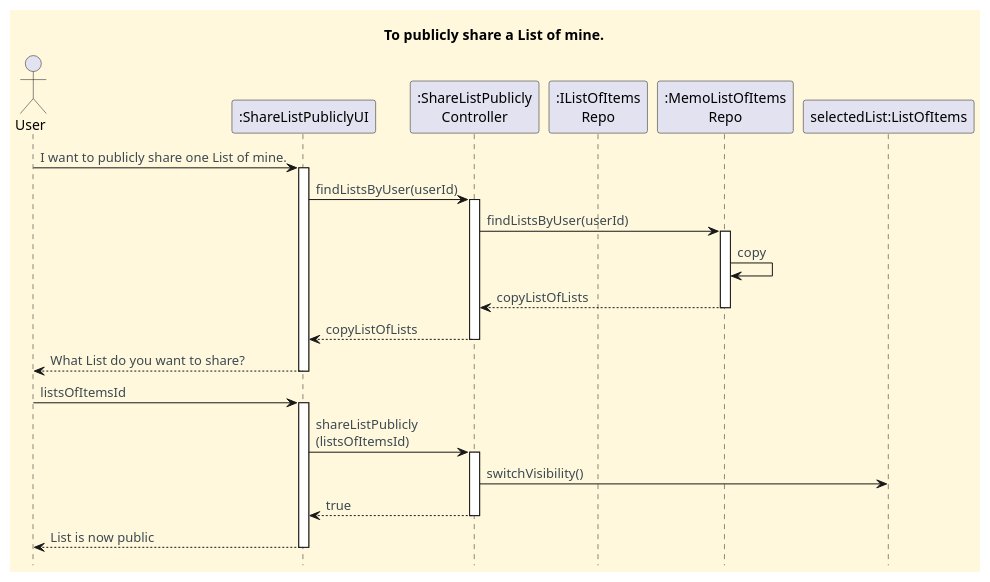
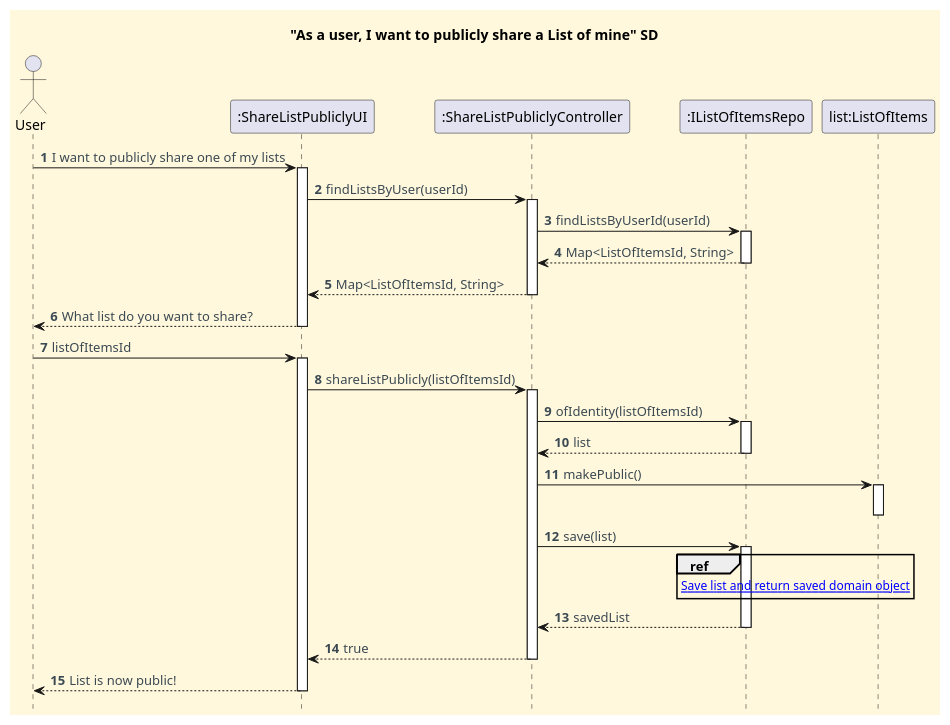
Before and after one commit to CarolinaLeite-collab/JavaMarketplacePlatform: the diagram in docs/functionalities/user/publicly-share-list-of-mine/To_Publicly_Share_A_List_Of_Mine_SD.puml, drawn with PlantUML. The commit also changed 3 other files, not shown here.

Commit message:
Feat: Update US019 CD, SD and ref diagrams, Refs: #716

```diff
--- a/docs/functionalities/user/publicly-share-list-of-mine/To_Publicly_Share_A_List_Of_Mine_SD.puml
+++ b/docs/functionalities/user/publicly-share-list-of-mine/To_Publicly_Share_A_List_Of_Mine_SD.puml
@@ -1,53 +1,67 @@
 @startuml
-'https://plantuml.com/sequence-diagram
+title "As a user, I want to publicly share a List of mine" SD
 hide footbox
-title To publicly share a List of mine.
 
-
-'==== basic style ====
 skinparam monochrome false
 skinparam shadowing false
 skinparam defaultFontName Futura
 skinparam objectFontSize 20
 skinparam backgroundColor CornSilk
 skinparam objectBackgroundColor WhiteSmoke
 skinparam noteBackgroundColor #FFFFE0
 skinparam ArrowFontColor #3B4953
 skinparam ActivationBackgroundColor black
 
+autonumber
+autoactivate off
 
-actor User
+actor "User"
 participant ":ShareListPubliclyUI" as UI
-participant ":ShareListPublicly\nController" as Ctl
-participant ":IListOfItems\nRepo" as IListsRepo
-participant ":MemoListOfItems\nRepo" as MemListsRepo
-participant "selectedList:ListOfItems" as list
+participant ":ShareListPubliclyController" as Ctl
+participant ":IListOfItemsRepo" as IListRepo
 
+"User" -> UI : I want to publicly share one of my lists
+activate UI
 
-User -> UI : I want to publicly share one List of mine.
-activate UI
 UI -> Ctl : findListsByUser(userId)
 activate Ctl
-Ctl -> MemListsRepo : findListsByUser(userId)
-activate MemListsRepo
-MemListsRepo -> MemListsRepo : copy
-MemListsRepo --> Ctl : copyListOfLists
-deactivate MemListsRepo
-Ctl --> UI : copyListOfLists
+Ctl -> IListRepo : findListsByUserId(userId)
+activate IListRepo
+IListRepo --> Ctl : Map<ListOfItemsId, String>
+deactivate IListRepo
+Ctl --> UI : Map<ListOfItemsId, String>
 deactivate Ctl
-UI --> User : What List do you want to share?
+
+UI --> "User" : What list do you want to share?
 deactivate UI
-User -> UI : listsOfItemsId
+"User" -> UI : listOfItemsId
 activate UI
-UI -> Ctl : shareListPublicly\n(listsOfItemsId)
+
+UI -> Ctl : shareListPublicly(listOfItemsId)
 activate Ctl
-Ctl -> list: switchVisibility()
+
+Ctl -> IListRepo : ofIdentity(listOfItemsId)
+activate IListRepo
+IListRepo --> Ctl : list
+deactivate IListRepo
+
+Ctl -> "list:ListOfItems" : makePublic()
+activate "list:ListOfItems"
+deactivate "list:ListOfItems"
+
+Ctl -> IListRepo : save(list)
+
+ref over IListRepo
+[[sd-ref-diagrams/Save_ListOfItems.puml Save list and return saved domain object]]
+end ref
+
+activate IListRepo
+IListRepo --> Ctl : savedList
+deactivate IListRepo
+
 Ctl --> UI : true
 deactivate Ctl
-UI --> User : List is now public
+UI --> "User" : List is now public!
 deactivate UI
 
-
-
-
 @enduml
```
